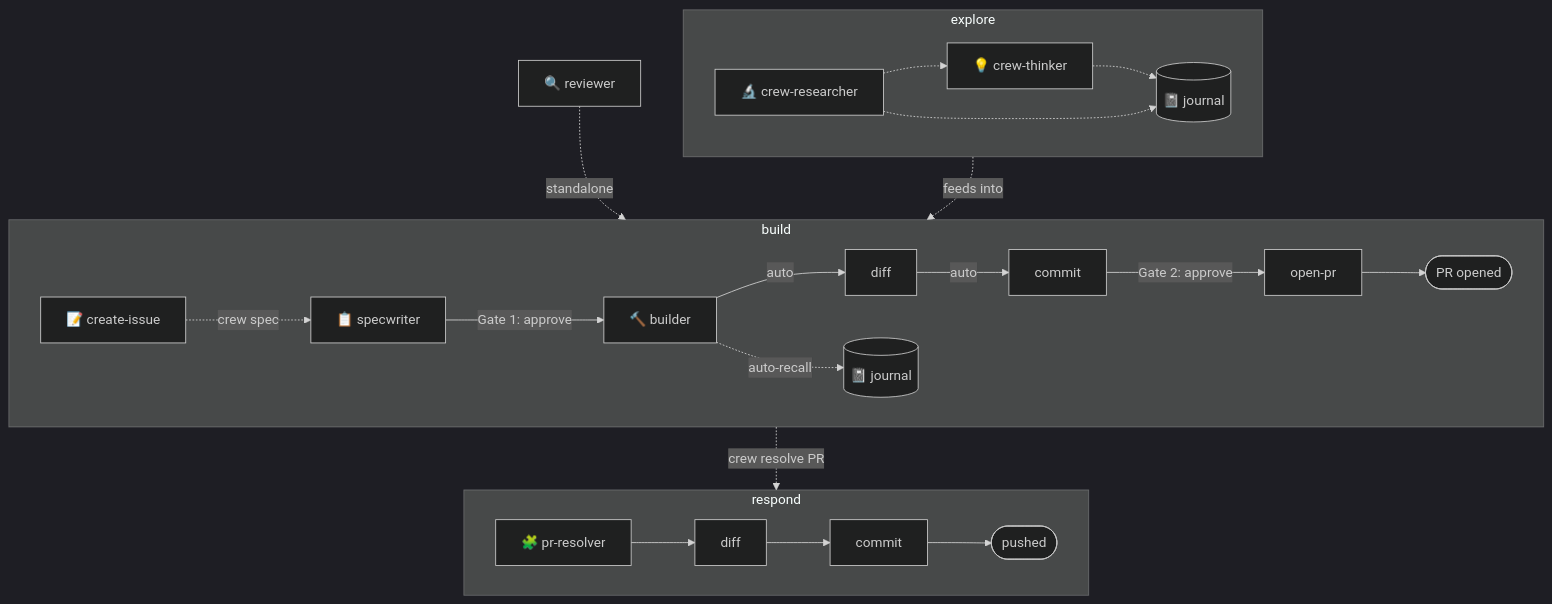
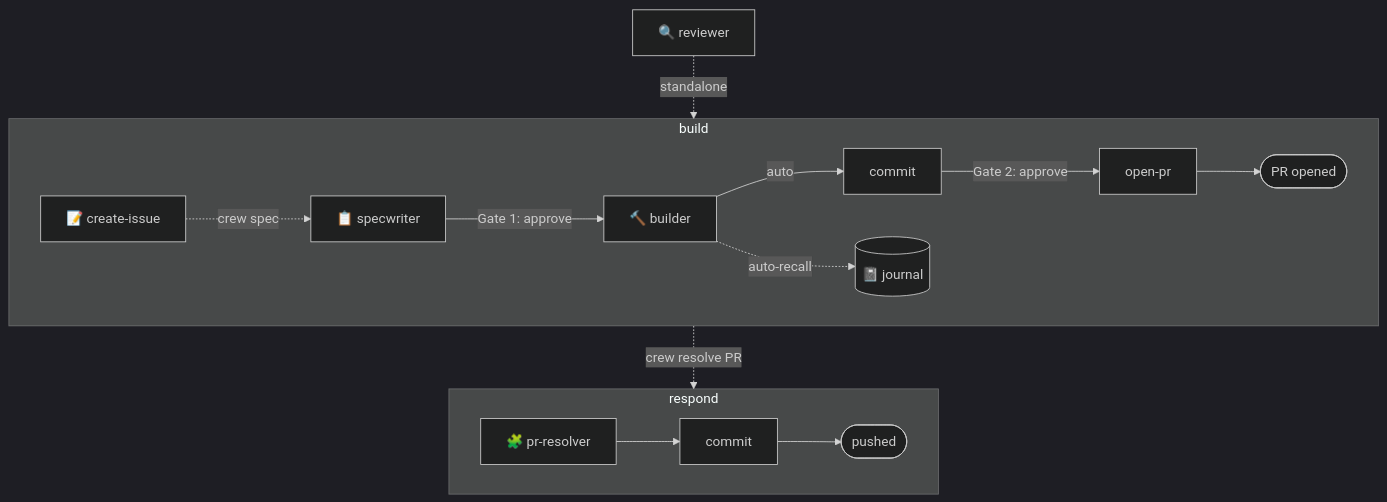
The diagram in README.md (crespocarlos/el-capitan), drawn with Mermaid (dark theme) before and after one commit. The commit also changed other lines of this file and 19 other files, not shown here.

````diff
--- a/README.md
+++ b/README.md
@@ -29,31 +29,21 @@
 ```mermaid
 flowchart TB
-    subgraph explore["explore"]
-        direction LR
-        research["🔬 crew-researcher"] -.-> think["💡 crew-thinker"]
-        think -.-> journal[("📓 journal")]
-        research -.-> journal
-    end
-
     subgraph build["build"]
         direction LR
         issue["📝 create-issue"] -.->|"crew spec"| spec["📋 specwriter"]
         spec -->|"Gate 1: approve"| impl["🔨 builder"]
-        impl -->|"auto"| bdiff["diff"]
-        bdiff -->|"auto"| bcommit["commit"]
+        impl -->|"auto"| bcommit["commit"]
         bcommit -->|"Gate 2: approve"| openpr["open-pr"]
         openpr --> done(["PR opened"])
         impl -.->|"auto-recall"| journal2[("📓 journal")]
     end
 
     subgraph respond["respond"]
         direction LR
-        resolver["🧩 pr-resolver"] --> rdiff["diff"]
-        rdiff --> rcommit["commit"]
+        resolver["🧩 pr-resolver"] --> rcommit["commit"]
         rcommit --> pushed(["pushed"])
     end
 
-    think -.->|"feeds into"| spec
     done -.->|"crew resolve PR"| resolver
     reviewer["🔍 reviewer"] -.->|"standalone"| impl
 ```
````
